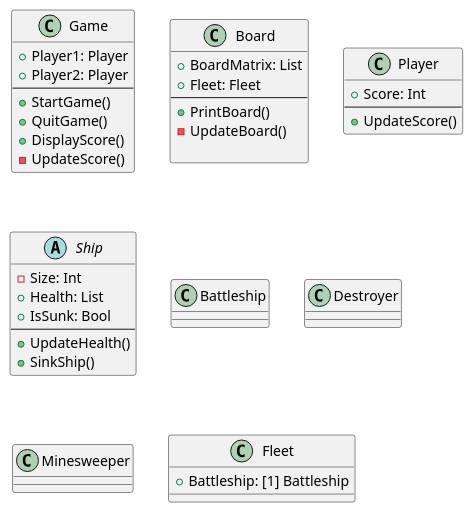
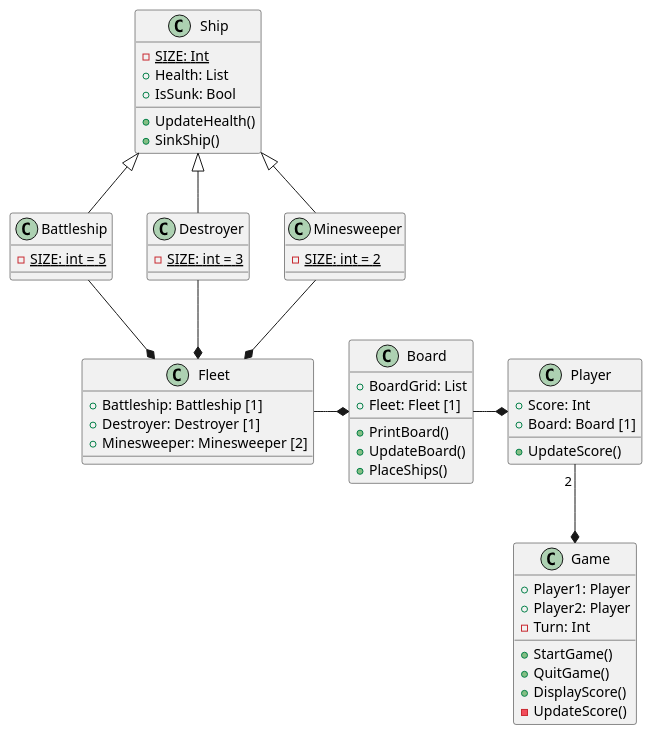
One commit to GudjonIV/T-233-SRAD changed the diagram in BattleshipClass.plantuml. Above: the diagram before and after it, drawn with PlantUML. The commit also changed 1 other file, not shown here.

Commit message:
Battleship finished

```diff
--- a/BattleshipClass.plantuml
+++ b/BattleshipClass.plantuml
@@ -1,57 +1,65 @@
 @startuml
 
 class Game {
-    +Player1: Player
-    +Player2: Player
-    --
+    +Player1: Player 
+    +Player2: Player 
+    -Turn: Int
     +StartGame()
     +QuitGame()
     +DisplayScore()
     -UpdateScore()
 }
 
 class Board {
-    +BoardMatrix: List
-    +Fleet: Fleet
-    --
+    +BoardGrid: List
+    +Fleet: Fleet [1]
     +PrintBoard()
-    -UpdateBoard()
-
+    +UpdateBoard()
+    +PlaceShips()
 }
 
 class Player {
     +Score: Int
-    --
+    +Board: Board [1]
     +UpdateScore()
 }
 
-abstract class Ship {
-    -Size: Int
+class Ship {
+    -{static}SIZE: Int
     +Health: List
     +IsSunk: Bool
-    --
     +UpdateHealth()
     +SinkShip()
 }
 
 class Battleship {
-
-
+    -{static}SIZE: int = 5 
 }
 
 class Destroyer {
-
-
+    -{static}SIZE: int = 3 
 }
 
 class Minesweeper {
-
-
+    -{static}SIZE: int = 2 
 }
 
 class Fleet {
-    + Battleship: [1] Battleship
-
+    + Battleship: Battleship [1]
+    + Destroyer: Destroyer [1]
+    + Minesweeper: Minesweeper [2]
 }
 
+Player "2 "-down-* Game
+Board -right-* Player
+Fleet -right-* Board
+
+Battleship --* Fleet
+Destroyer --* Fleet
+Minesweeper --* Fleet
+
+Battleship -up-|> Ship
+Destroyer -up-|> Ship
+Minesweeper -up-|> Ship
+
 @enduml
```
